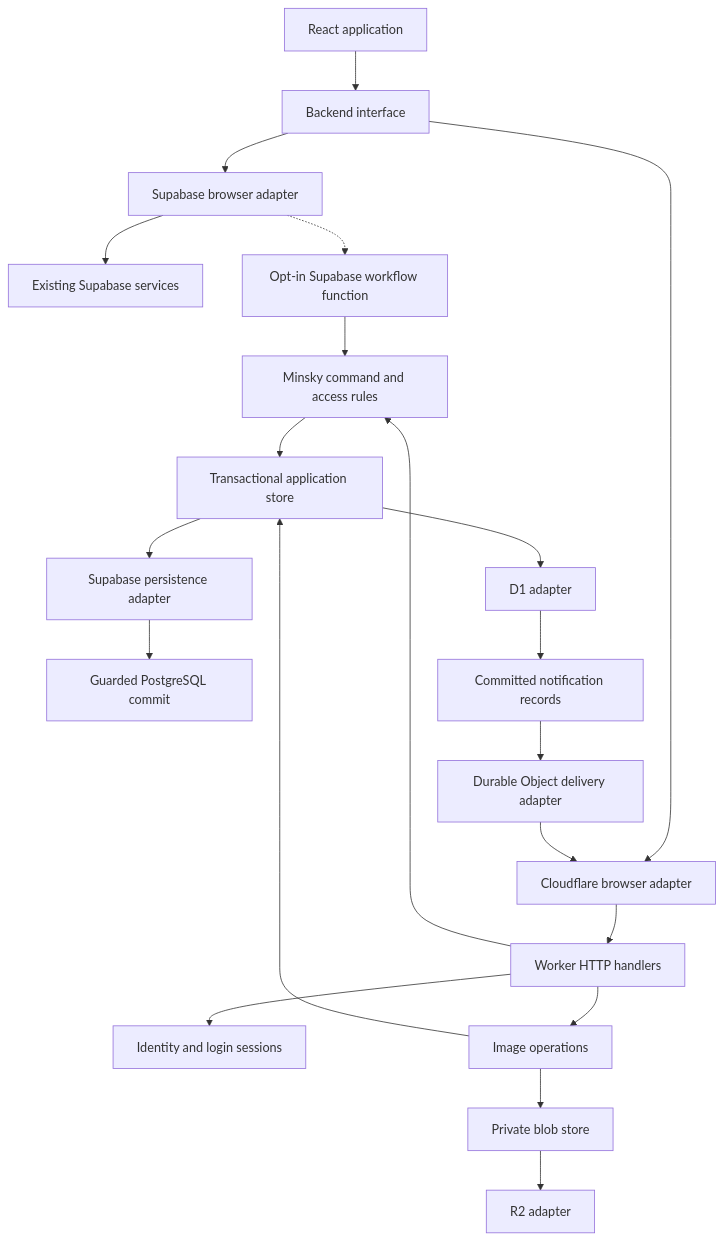
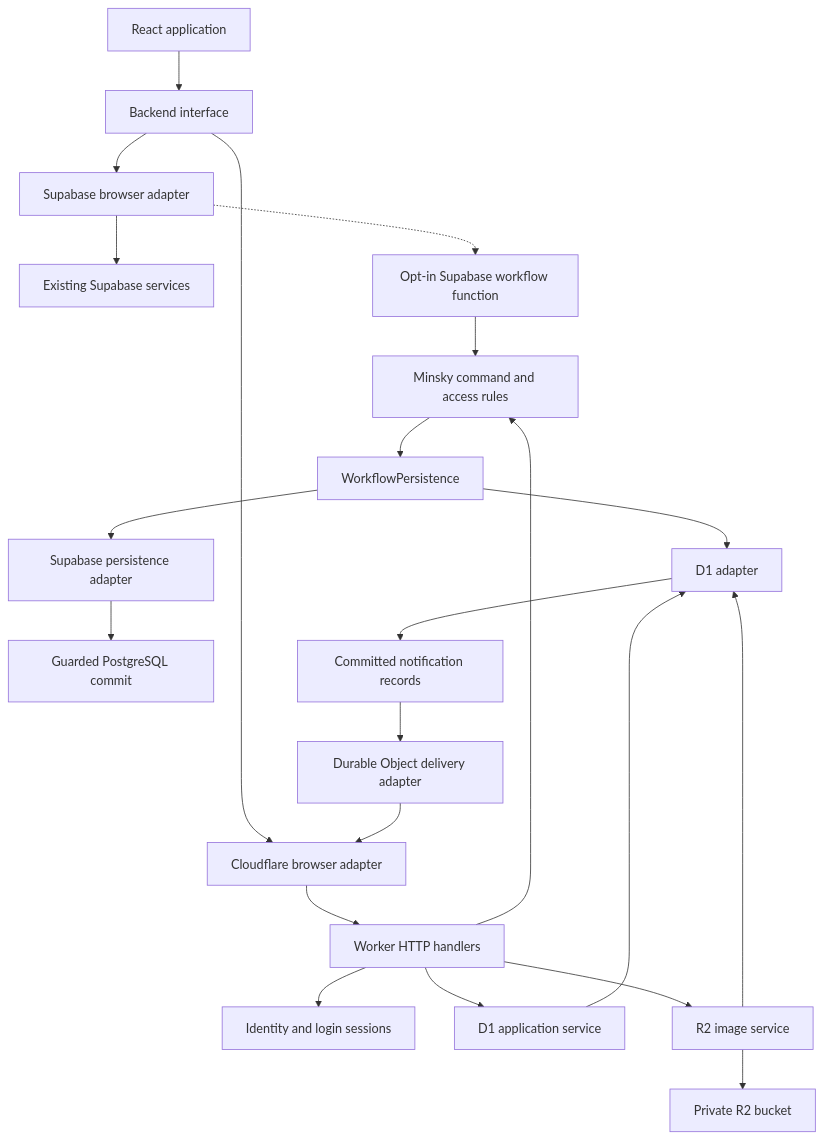
Before and after one commit to icaic-official/contest-support: the diagram in docs/cloudflare-backend-design.md, drawn with Mermaid. The commit also changed other lines of this file and 61 other files, not shown here.

````diff
--- a/docs/cloudflare-backend-design.md
+++ b/docs/cloudflare-backend-design.md
@@ -42,23 +25,24 @@
 ```mermaid
 flowchart TD
     UI[React application] --> Contract[Backend interface]
     Contract --> SB[Supabase browser adapter]
     Contract --> CF[Cloudflare browser adapter]
     SB --> Current[Existing Supabase services]
     SB -.-> SF[Opt-in Supabase workflow function]
     SF --> Domain
     CF --> API[Worker HTTP handlers]
     API --> Identity[Identity and login sessions]
     API --> Domain[Minsky command and access rules]
-    Domain --> Store[Transactional application store]
-    API --> Images[Image operations]
-    Images --> Store
-    Images --> Blobs[Private blob store]
-    Store --> D1[D1 adapter]
-    Store --> SP[Supabase persistence adapter]
+    Domain --> Persistence[WorkflowPersistence]
+    Persistence --> D1[D1 adapter]
+    Persistence --> SP[Supabase persistence adapter]
     SP --> PG[Guarded PostgreSQL commit]
-    Blobs --> R2[R2 adapter]
+    API --> Application[D1 application service]
+    Application --> D1
+    API --> Images[R2 image service]
+    Images --> D1
+    Images --> R2[Private R2 bucket]
     D1 --> Pending[Committed notification records]
     Pending --> Live[Durable Object delivery adapter]
     Live --> CF
 ```
````
